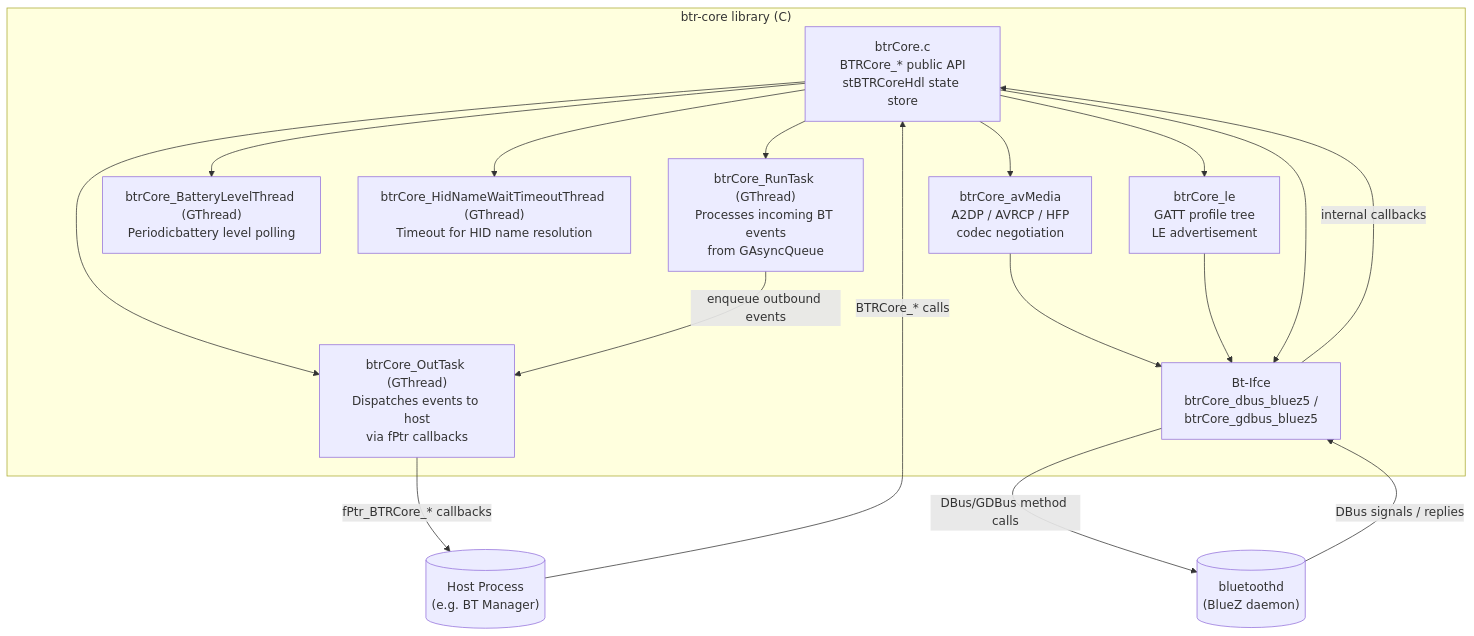
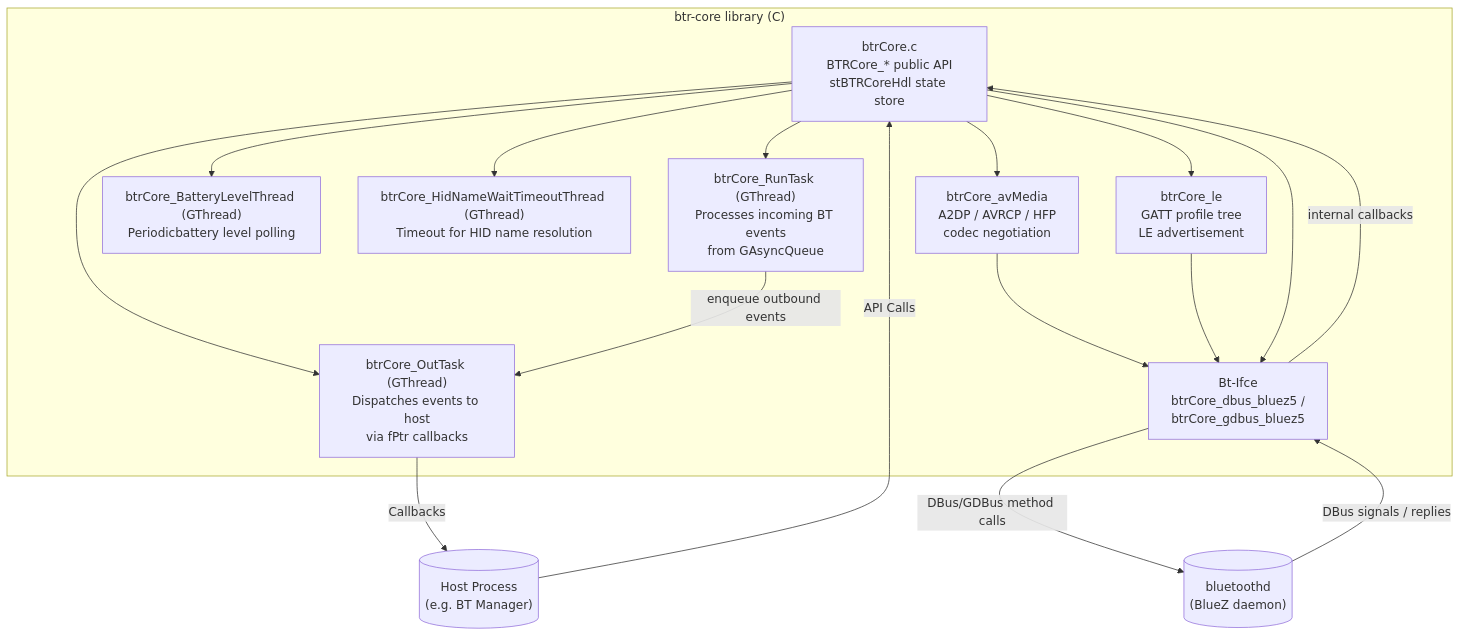
One commit to rns21/RDK_Documentation changed the second of 7 diagrams in docs/docu/RDKV-Documentations/bluetooth-core.md. Above: the diagram before and after it, drawn with Mermaid. The commit also changed other lines of this file, not shown here.

````diff
--- a/docs/docu/RDKV-Documentations/bluetooth-core.md
+++ b/docs/docu/RDKV-Documentations/bluetooth-core.md
@@ -63,33 +63,33 @@
 ```mermaid
 graph TD
 
 subgraph Lib["btr-core library (C)"]
     BTRCoreAPI["btrCore.c\nBTRCore_* public API\nstBTRCoreHdl state store"]
     RunTask["btrCore_RunTask (GThread)\nProcesses incoming BT events\nfrom GAsyncQueue"]
     OutTask["btrCore_OutTask (GThread)\nDispatches events to host\nvia fPtr callbacks"]
     BattThread["btrCore_BatteryLevelThread (GThread)\nPeriodicbattery level polling"]
     HidThread["btrCore_HidNameWaitTimeoutThread (GThread)\nTimeout for HID name resolution"]
     AVMedia["btrCore_avMedia\nA2DP / AVRCP / HFP\ncodec negotiation"]
     LEMod["btrCore_le\nGATT profile tree\nLE advertisement"]
     BtIfce["Bt-Ifce\nbtrCore_dbus_bluez5 /\nbtrCore_gdbus_bluez5"]
 end
 
 HostProc[("Host Process\n(e.g. BT Manager)")]
 BlueZD[("bluetoothd\n(BlueZ daemon)")]
 
-HostProc -->|BTRCore_* calls| BTRCoreAPI
+HostProc -->|API Calls| BTRCoreAPI
 BTRCoreAPI --> RunTask
 BTRCoreAPI --> OutTask
 BTRCoreAPI --> BattThread
 BTRCoreAPI --> HidThread
 BTRCoreAPI --> AVMedia
 BTRCoreAPI --> LEMod
 AVMedia --> BtIfce
 LEMod --> BtIfce
 BTRCoreAPI --> BtIfce
 BtIfce -->|DBus/GDBus method calls| BlueZD
 BlueZD -->|DBus signals / replies| BtIfce
 BtIfce -->|internal callbacks| BTRCoreAPI
 RunTask -->|enqueue outbound events| OutTask
-OutTask -->|fPtr_BTRCore_* callbacks| HostProc
+OutTask -->|Callbacks| HostProc
 ```
````
